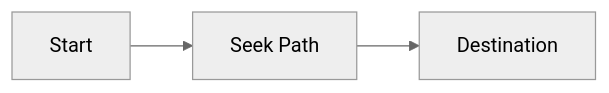
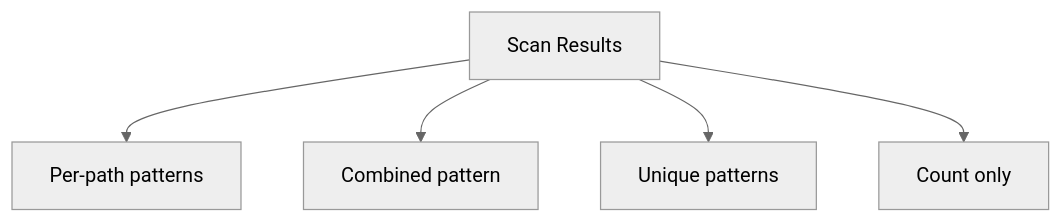
The second of 2 diagrams in docs/ideas/pathseeker.md (ThanuMahee12/AgentContext), drawn with Mermaid (neutral theme) before and after one commit. The commit also changed other lines of this file and 1 other file, not shown here.

````diff
--- a/docs/ideas/pathseeker.md
+++ b/docs/ideas/pathseeker.md
@@ -15,5 +39,7 @@
 ```mermaid
-graph LR
-    A[Start] --> B[Seek Path]
-    B --> C[Destination]
+graph TD
+    A[Scan Results] --> B[Per-path patterns]
+    A --> C[Combined pattern]
+    A --> D[Unique patterns]
+    A --> E[Count only]
 ```
````
